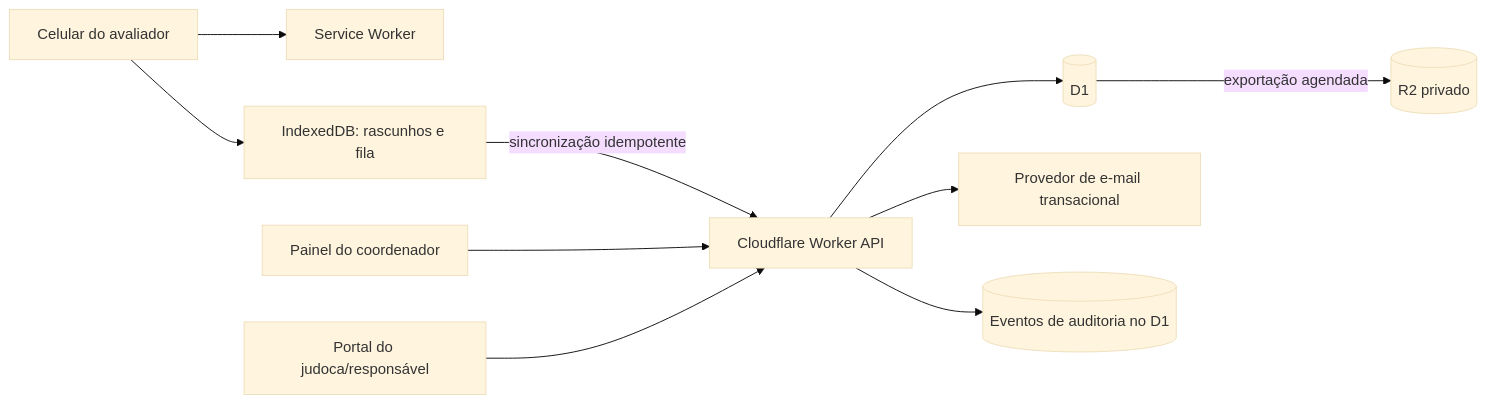
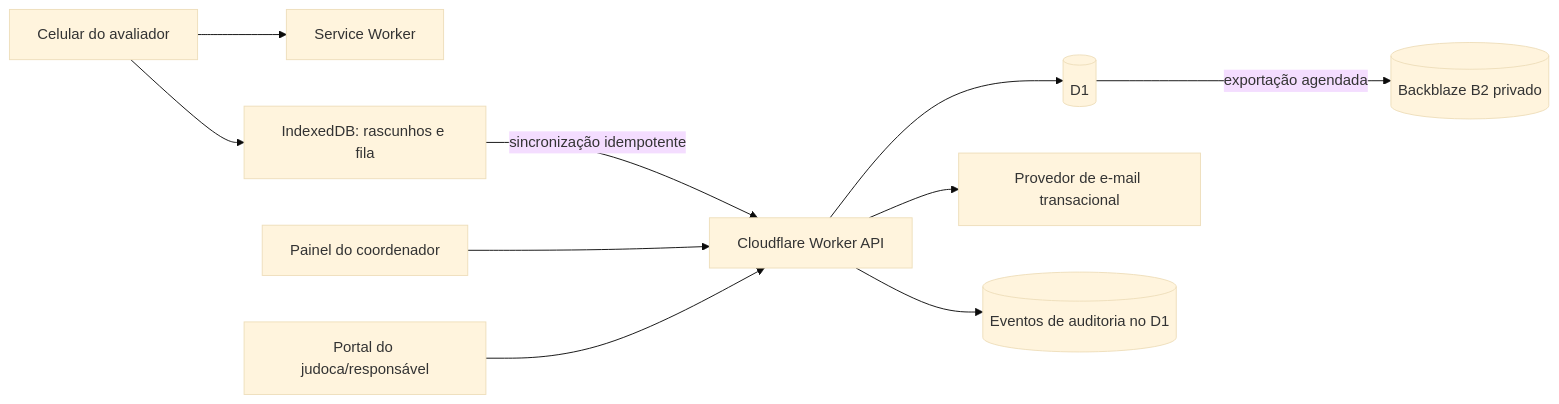
Before and after one commit to ArthurViniNunes/judo-exam-platform: the first of 2 diagrams in docs/product/evolution-plan.md, drawn with Mermaid (base theme). The commit also changed other lines of this file and 5 other files, not shown here.

````diff
--- a/docs/product/evolution-plan.md
+++ b/docs/product/evolution-plan.md
@@ -452,12 +452,12 @@
 ```mermaid
 flowchart LR
   Mobile[Celular do avaliador] --> Cache[Service Worker]
   Mobile --> Drafts[IndexedDB: rascunhos e fila]
   Drafts -->|sincronização idempotente| API[Cloudflare Worker API]
   Admin[Painel do coordenador] --> API
   Portal[Portal do judoca/responsável] --> API
   API --> D1[(D1)]
   API --> Email[Provedor de e-mail transacional]
-  D1 -->|exportação agendada| R2[(R2 privado)]
+  D1 -->|exportação agendada| B2[(Backblaze B2 privado)]
   API --> Audit[(Eventos de auditoria no D1)]
 ```
````
